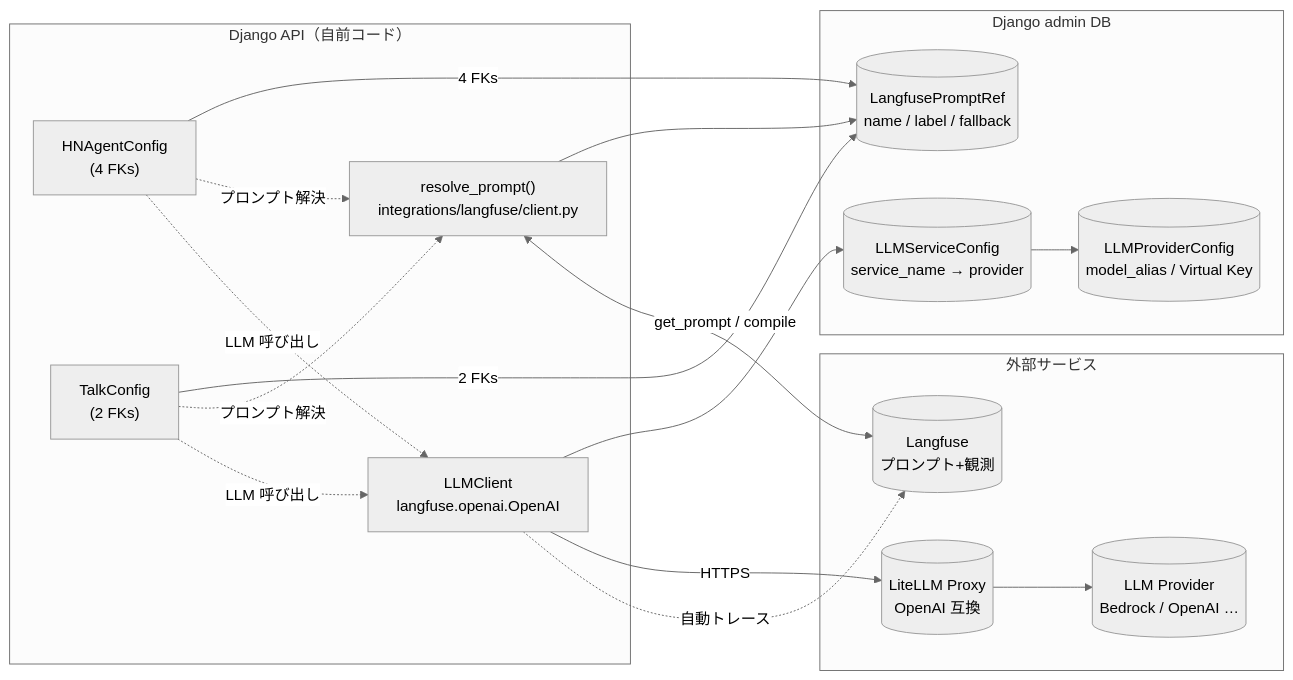
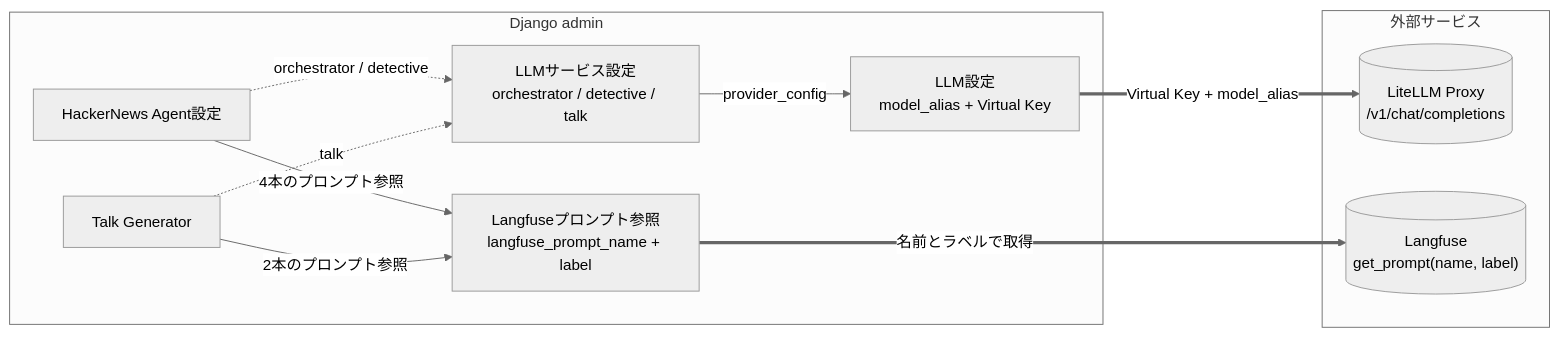
One commit to kagiyama-baking/kawashiro-server changed the diagram in django_api/README.md. Above: the diagram before and after it, drawn with Mermaid (neutral theme). The commit also changed other lines of this file and 2 other files, not shown here.

First line of the commit message:
docs: README の LLM/Langfuse 図をシンプル化

````diff
--- a/django_api/README.md
+++ b/django_api/README.md
@@ -36,36 +36,24 @@
 ```mermaid
 flowchart LR
-    subgraph Django["Django API（自前コード）"]
-        HNConfig["HNAgentConfig<br/>(4 FKs)"]
-        TalkConfig["TalkConfig<br/>(2 FKs)"]
-        Resolve["resolve_prompt()<br/>integrations/langfuse/client.py"]
-        Client["LLMClient<br/>langfuse.openai.OpenAI"]
-    end
-
-    subgraph DB["Django admin DB"]
-        LPR[("LangfusePromptRef<br/>name / label / fallback")]
-        Provider[("LLMProviderConfig<br/>model_alias / Virtual Key")]
-        Service[("LLMServiceConfig<br/>service_name → provider")]
+    subgraph Admin["Django admin"]
+        Provider["LLM設定<br/>model_alias + Virtual Key"]
+        Service["LLMサービス設定<br/>orchestrator / detective / talk"]
+        Ref["Langfuseプロンプト参照<br/>langfuse_prompt_name + label"]
+        HN["HackerNews Agent設定"]
+        Talk["Talk Generator"]
     end
 
     subgraph External["外部サービス"]
-        LF[("Langfuse<br/>プロンプト+観測")]
-        Proxy[("LiteLLM Proxy<br/>OpenAI 互換")]
-        LLM[("LLM Provider<br/>Bedrock / OpenAI …")]
+        LiteLLM[("LiteLLM Proxy<br/>/v1/chat/completions")]
+        Langfuse[("Langfuse<br/>get_prompt(name, label)")]
     end
 
-    HNConfig -->|4 FKs| LPR
-    TalkConfig -->|2 FKs| LPR
+    Service -->|provider_config| Provider
+    HN -->|4本のプロンプト参照| Ref
+    HN -.->|orchestrator / detective| Service
+    Talk -->|2本のプロンプト参照| Ref
+    Talk -.->|talk| Service
 
-    HNConfig -.->|プロンプト解決| Resolve
-    TalkConfig -.->|プロンプト解決| Resolve
-    Resolve --> LPR
-    Resolve <-->|get_prompt / compile| LF
-
-    HNConfig -.->|LLM 呼び出し| Client
-    TalkConfig -.->|LLM 呼び出し| Client
-    Client --> Service --> Provider
-    Client -->|HTTPS| Proxy
-    Proxy --> LLM
-    Client -.->|自動トレース| LF
+    Provider ==>|Virtual Key + model_alias| LiteLLM
+    Ref ==>|名前とラベルで取得| Langfuse
 ```
````
